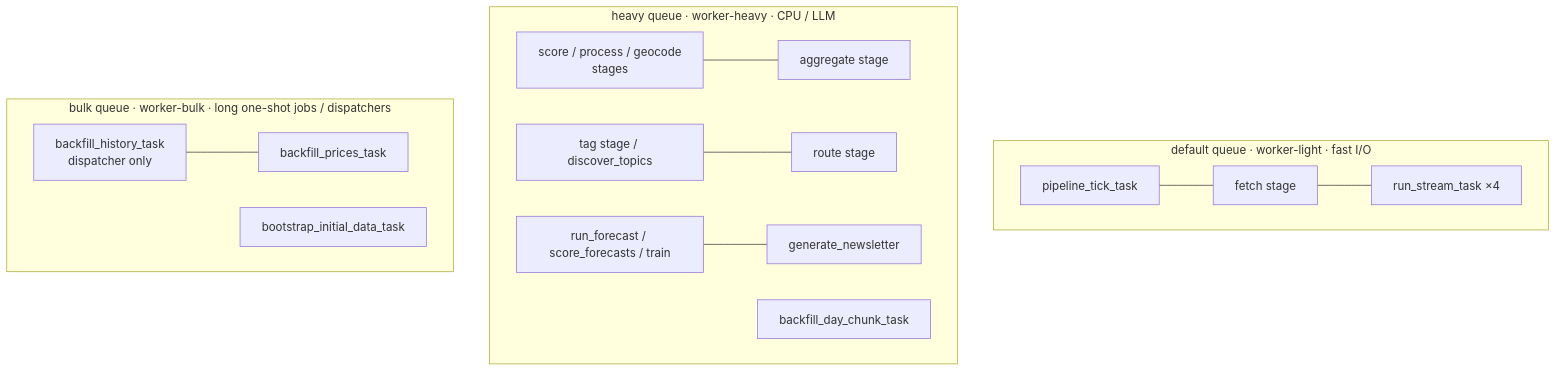
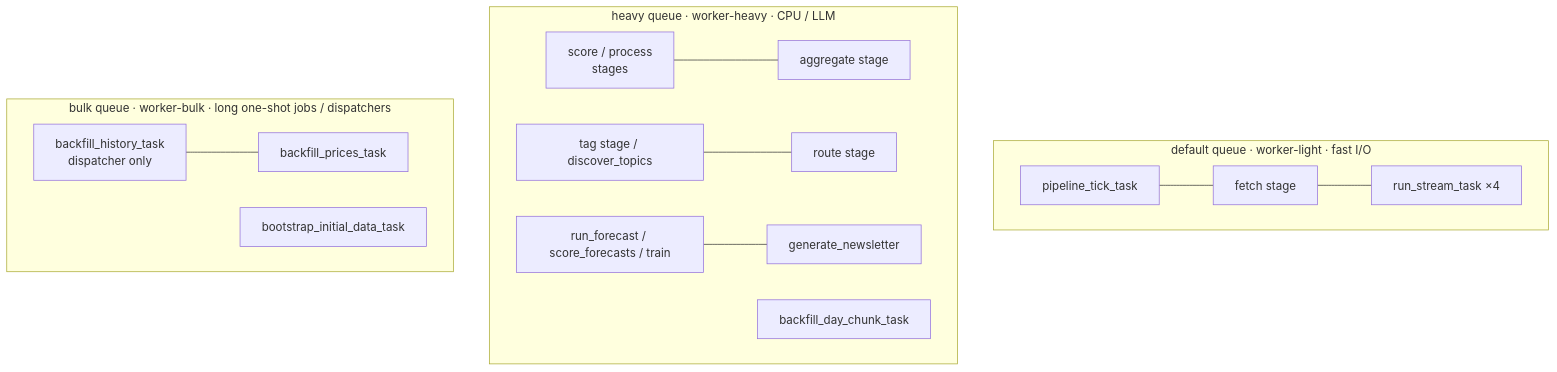
One commit to jameelhamdan/event-horizon changed the second of 3 diagrams in docs/architecture.md. Above: the diagram before and after it, drawn with Mermaid. The commit also changed other lines of this file and 24 other files, not shown here.

````diff
--- a/docs/architecture.md
+++ b/docs/architecture.md
@@ -89,16 +89,16 @@
 ```mermaid
 flowchart TB
     subgraph DEFAULT["default queue · worker-light · fast I/O"]
         D1[pipeline_tick_task] --- D2[fetch stage] --- D3[run_stream_task ×4]
     end
     subgraph HEAVY["heavy queue · worker-heavy · CPU / LLM"]
-        H1[score / process / geocode<br/>stages] --- H2[aggregate stage]
+        H1[score / process<br/>stages] --- H2[aggregate stage]
         H3[tag stage / discover_topics] --- H4[route stage]
         H5[run_forecast / score_forecasts / train] --- H6[generate_newsletter]
         H7[backfill_day_chunk_task]
     end
     subgraph BULK["bulk queue · worker-bulk · long one-shot jobs / dispatchers"]
         B1[backfill_history_task<br/>dispatcher only] --- B2[backfill_prices_task]
         B3[bootstrap_initial_data_task]
     end
 ```
````
